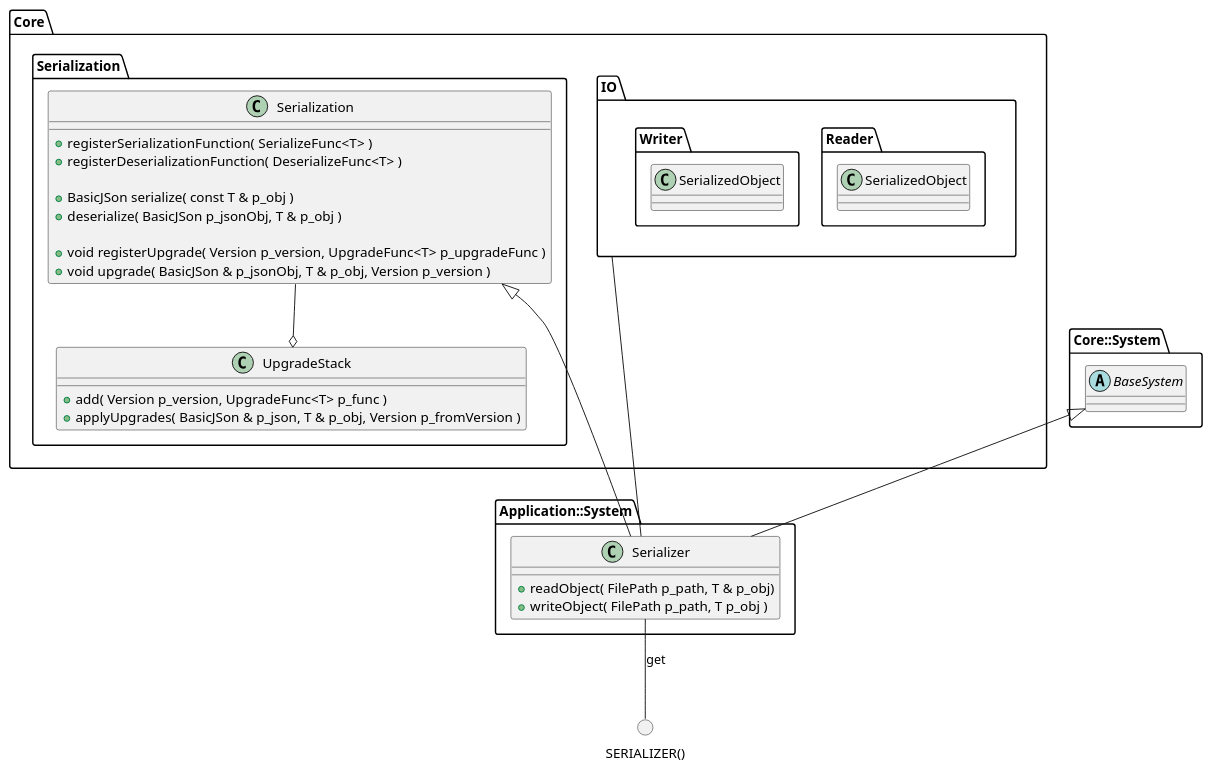
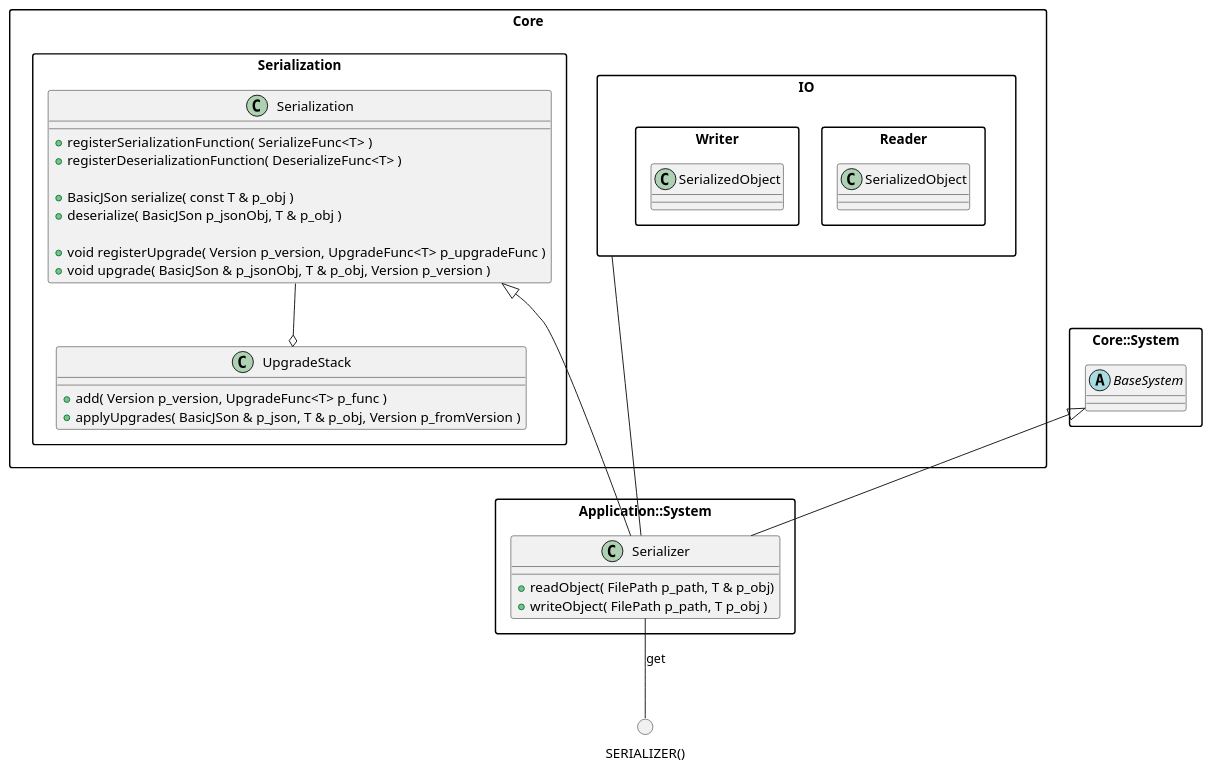
Before and after one commit to VTX-Molecular-Visualization/VTX: the eighth of 18 diagrams in DOCUMENTATION.md, drawn with PlantUML. The commit also changed other lines of this file, not shown here.

````diff
--- a/DOCUMENTATION.md
+++ b/DOCUMENTATION.md
@@ -322,64 +322,65 @@
 ```plantuml
 @startuml
+skinparam packageStyle rectangle
 
 package Core
 {
     package "Serialization" as SerializationPackage
     {
         class Serialization
         {
             + registerSerializationFunction( SerializeFunc<T>  )
             + registerDeserializationFunction( DeserializeFunc<T> )
 
             + BasicJSon serialize( const T & p_obj )
             + deserialize( BasicJSon p_jsonObj, T & p_obj )
 
             + void registerUpgrade( Version p_version, UpgradeFunc<T> p_upgradeFunc )
             + void upgrade( BasicJSon & p_jsonObj, T & p_obj, Version p_version )
         }
 
         class UpgradeStack
         {
             + add( Version p_version, UpgradeFunc<T> p_func ) 
             + applyUpgrades( BasicJSon & p_json, T & p_obj, Version p_fromVersion )
         }
     }
     
     package IO
     {
         package Reader
         {
             class "SerializedObject" as SerializedObjectReader
         }
         package Writer
         {
             class "SerializedObject" as SerializedObjectWriter
         }
     }
 }
 
 
 package Core::System
 {
     abstract BaseSystem
 }
 
 package Application::System
 {
     class Serializer
     {
         + readObject( FilePath p_path, T & p_obj)
 		+ writeObject( FilePath p_path, T p_obj ) 
     }
 }
 
 Serialization --o UpgradeStack
 BaseSystem <|-- Serializer
 Serialization <|---down Serializer
 IO -- Serializer
 
 circle "SERIALIZER()" as SERIALIZER
 SERIALIZER --up Serializer : get
 
 @enduml
 ```
````
